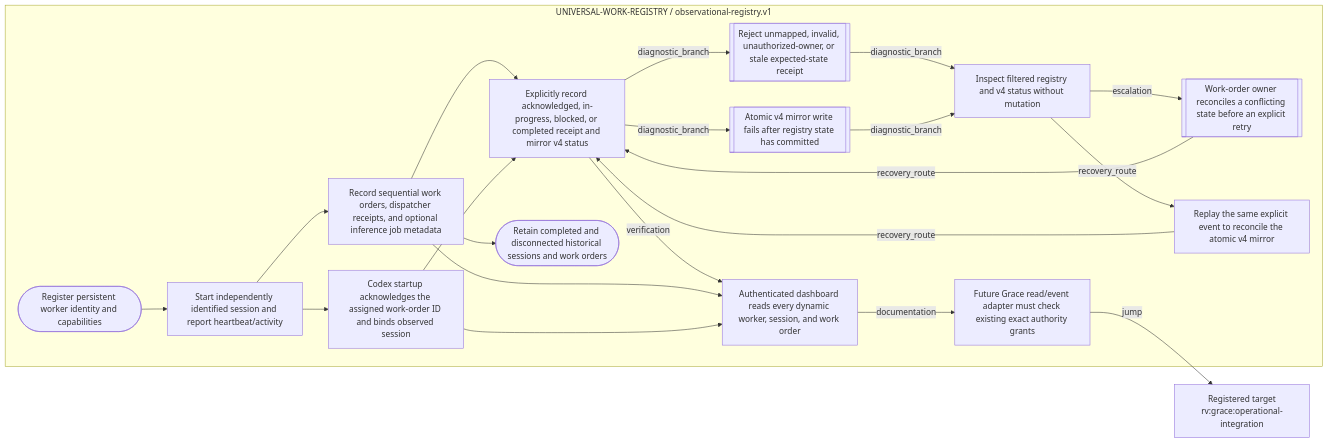
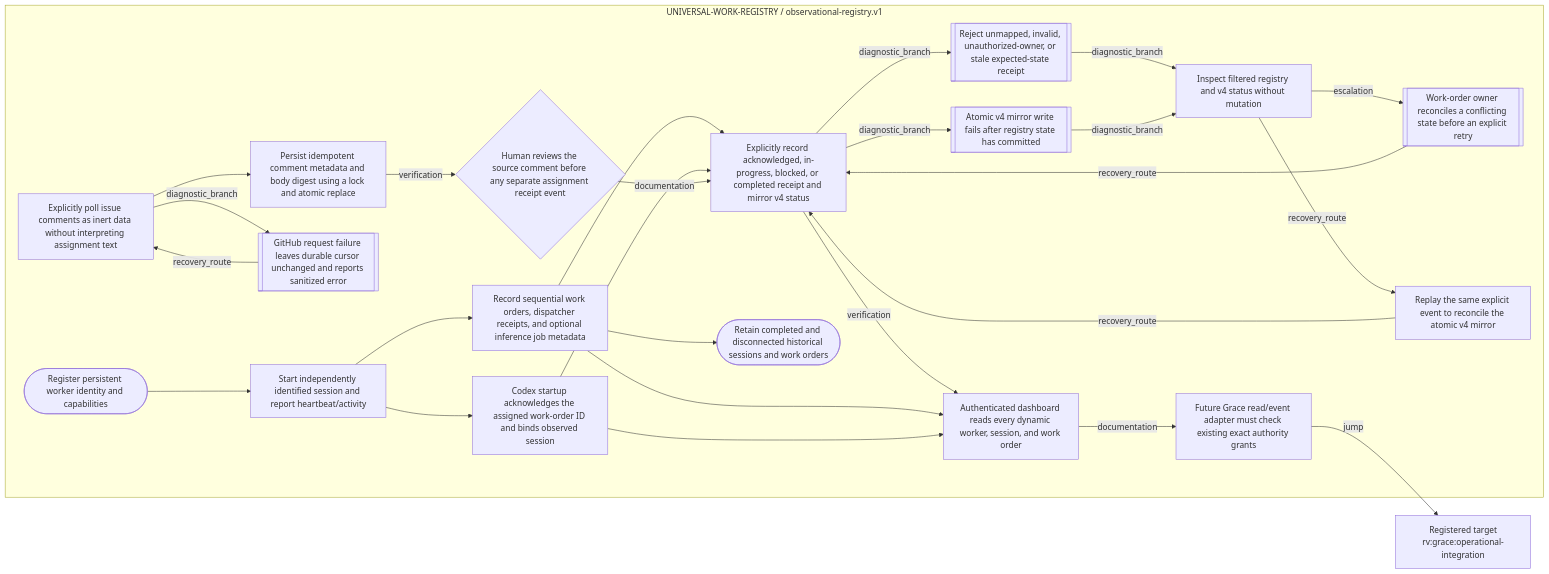
One commit to ppow1/Riverview- changed the diagram in docs/components/WORK_REGISTRY_FLOW.md. Above: the diagram before and after it, drawn with Mermaid. The commit also changed other lines of this file and 26 other files, not shown here.

Commit message:
Add opt-in W1 issue assignment polling prototype

````diff
--- a/docs/components/WORK_REGISTRY_FLOW.md
+++ b/docs/components/WORK_REGISTRY_FLOW.md
@@ -17,39 +21,48 @@
 ```mermaid
 flowchart LR
   subgraph g_rv_work_registry_observational_registry["UNIVERSAL-WORK-REGISTRY / observational-registry.v1"]
     g_rv_work_registry_observational_registry_register_worker_dd0a26fd(["Register persistent worker identity and capabilities"])
     g_rv_work_registry_observational_registry_start_session_f0c316bf["Start independently identified session and report heartbeat/activity"]
     g_rv_work_registry_observational_registry_record_work_bfc7cd18["Record sequential work orders, dispatcher receipts, and optional inference job metadata"]
     g_rv_work_registry_observational_registry_acknowledge_assignment_9294e5bd["Codex startup acknowledges the assigned work-order ID and binds observed session"]
     g_rv_work_registry_observational_registry_explicit_receipt_event_d38cd2e0["Explicitly record acknowledged, in-progress, blocked, or completed receipt and mirror v4 status"]
     g_rv_work_registry_observational_registry_receipt_state_conflict_dac58da4[["Reject unmapped, invalid, unauthorized-owner, or stale expected-state receipt"]]
     g_rv_work_registry_observational_registry_receipt_mirror_failure_bc97a0b2[["Atomic v4 mirror write fails after registry state has committed"]]
     g_rv_work_registry_observational_registry_read_only_diagnostic_766f8e4f["Inspect filtered registry and v4 status without mutation"]
     g_rv_work_registry_observational_registry_receipt_owner_reconciliation_0e18740d[["Work-order owner reconciles a conflicting state before an explicit retry"]]
     g_rv_work_registry_observational_registry_receipt_mirror_recovery_e166416e["Replay the same explicit event to reconcile the atomic v4 mirror"]
     g_rv_work_registry_observational_registry_read_dashboard_5799576c["Authenticated dashboard reads every dynamic worker, session, and work order"]
     g_rv_work_registry_observational_registry_grace_permission_boundary_4c5c0c33["Future Grace read/event adapter must check existing exact authority grants"]
     g_rv_work_registry_observational_registry_retain_history_6762e70a(["Retain completed and disconnected historical sessions and work orders"])
+    g_rv_work_registry_observational_registry_poll_issue_comments_aaf7b705["Explicitly poll issue comments as inert data without interpreting assignment text"]
+    g_rv_work_registry_observational_registry_poll_fetch_failure_09934eb0[["GitHub request failure leaves durable cursor unchanged and reports sanitized error"]]
+    g_rv_work_registry_observational_registry_persist_comment_receipt_6e007630["Persist idempotent comment metadata and body digest using a lock and atomic replace"]
+    g_rv_work_registry_observational_registry_manual_comment_review_ad30e059{"Human reviews the source comment before any separate assignment receipt event"}
   end
   g_rv_grace_operational_integration_assignment_fanout_81ca8043["Registered target<br/>rv:grace:operational-integration"]
   g_rv_work_registry_observational_registry_register_worker_dd0a26fd --> g_rv_work_registry_observational_registry_start_session_f0c316bf
   g_rv_work_registry_observational_registry_start_session_f0c316bf --> g_rv_work_registry_observational_registry_record_work_bfc7cd18
   g_rv_work_registry_observational_registry_start_session_f0c316bf --> g_rv_work_registry_observational_registry_acknowledge_assignment_9294e5bd
   g_rv_work_registry_observational_registry_record_work_bfc7cd18 --> g_rv_work_registry_observational_registry_explicit_receipt_event_d38cd2e0
   g_rv_work_registry_observational_registry_acknowledge_assignment_9294e5bd --> g_rv_work_registry_observational_registry_explicit_receipt_event_d38cd2e0
   g_rv_work_registry_observational_registry_explicit_receipt_event_d38cd2e0 -->|diagnostic_branch| g_rv_work_registry_observational_registry_receipt_state_conflict_dac58da4
   g_rv_work_registry_observational_registry_receipt_state_conflict_dac58da4 -->|diagnostic_branch| g_rv_work_registry_observational_registry_read_only_diagnostic_766f8e4f
   g_rv_work_registry_observational_registry_read_only_diagnostic_766f8e4f -->|escalation| g_rv_work_registry_observational_registry_receipt_owner_reconciliation_0e18740d
   g_rv_work_registry_observational_registry_receipt_owner_reconciliation_0e18740d -->|recovery_route| g_rv_work_registry_observational_registry_explicit_receipt_event_d38cd2e0
   g_rv_work_registry_observational_registry_explicit_receipt_event_d38cd2e0 -->|diagnostic_branch| g_rv_work_registry_observational_registry_receipt_mirror_failure_bc97a0b2
   g_rv_work_registry_observational_registry_receipt_mirror_failure_bc97a0b2 -->|diagnostic_branch| g_rv_work_registry_observational_registry_read_only_diagnostic_766f8e4f
   g_rv_work_registry_observational_registry_read_only_diagnostic_766f8e4f -->|recovery_route| g_rv_work_registry_observational_registry_receipt_mirror_recovery_e166416e
   g_rv_work_registry_observational_registry_receipt_mirror_recovery_e166416e -->|recovery_route| g_rv_work_registry_observational_registry_explicit_receipt_event_d38cd2e0
   g_rv_work_registry_observational_registry_explicit_receipt_event_d38cd2e0 -->|verification| g_rv_work_registry_observational_registry_read_dashboard_5799576c
   g_rv_work_registry_observational_registry_record_work_bfc7cd18 --> g_rv_work_registry_observational_registry_read_dashboard_5799576c
   g_rv_work_registry_observational_registry_acknowledge_assignment_9294e5bd --> g_rv_work_registry_observational_registry_read_dashboard_5799576c
   g_rv_work_registry_observational_registry_read_dashboard_5799576c -->|documentation| g_rv_work_registry_observational_registry_grace_permission_boundary_4c5c0c33
   g_rv_work_registry_observational_registry_grace_permission_boundary_4c5c0c33 -->|jump| g_rv_grace_operational_integration_assignment_fanout_81ca8043
   g_rv_work_registry_observational_registry_record_work_bfc7cd18 --> g_rv_work_registry_observational_registry_retain_history_6762e70a
+  g_rv_work_registry_observational_registry_poll_issue_comments_aaf7b705 --> g_rv_work_registry_observational_registry_persist_comment_receipt_6e007630
+  g_rv_work_registry_observational_registry_poll_issue_comments_aaf7b705 -->|diagnostic_branch| g_rv_work_registry_observational_registry_poll_fetch_failure_09934eb0
+  g_rv_work_registry_observational_registry_poll_fetch_failure_09934eb0 -->|recovery_route| g_rv_work_registry_observational_registry_poll_issue_comments_aaf7b705
+  g_rv_work_registry_observational_registry_persist_comment_receipt_6e007630 -->|verification| g_rv_work_registry_observational_registry_manual_comment_review_ad30e059
+  g_rv_work_registry_observational_registry_manual_comment_review_ad30e059 -->|documentation| g_rv_work_registry_observational_registry_explicit_receipt_event_d38cd2e0
   classDef failure fill:#fee,stroke:#b00,stroke-width:2px
 ```
````
